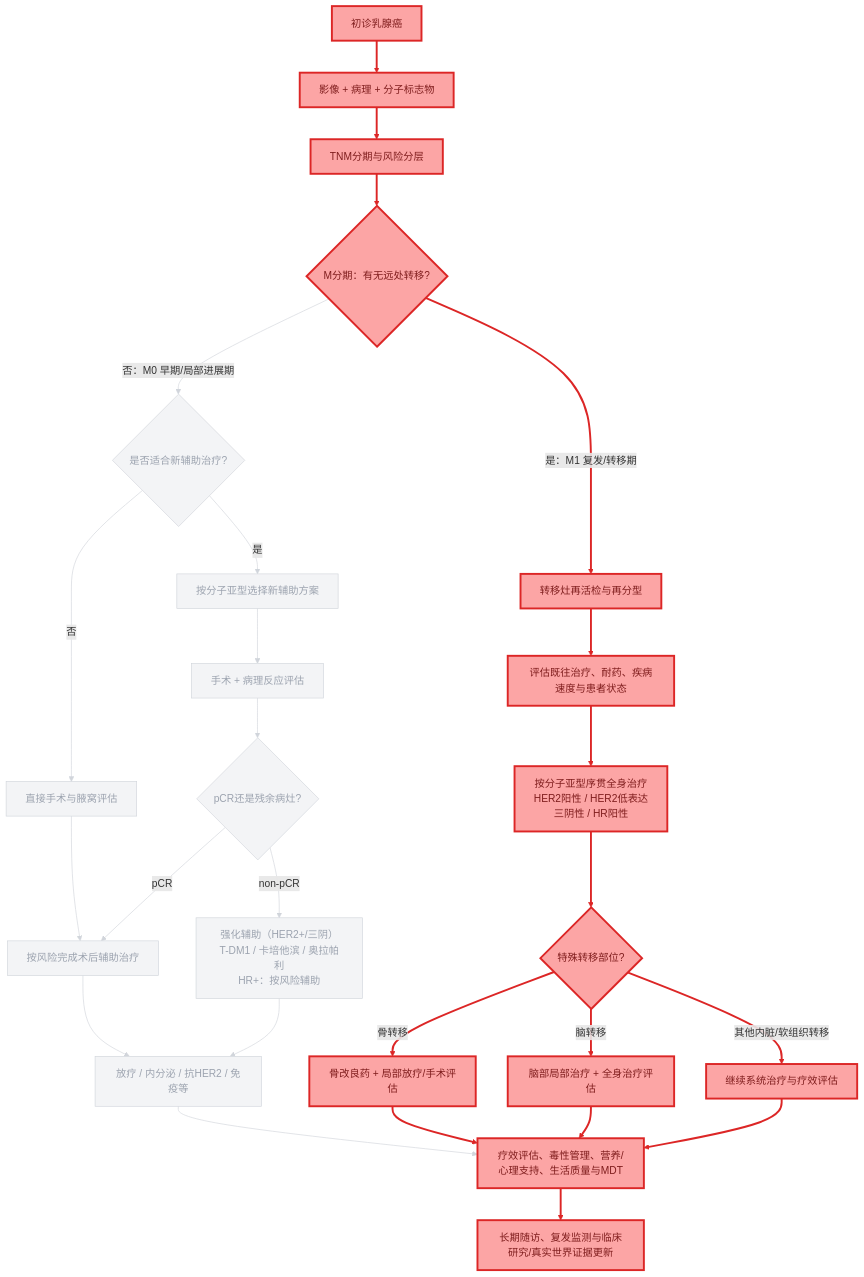
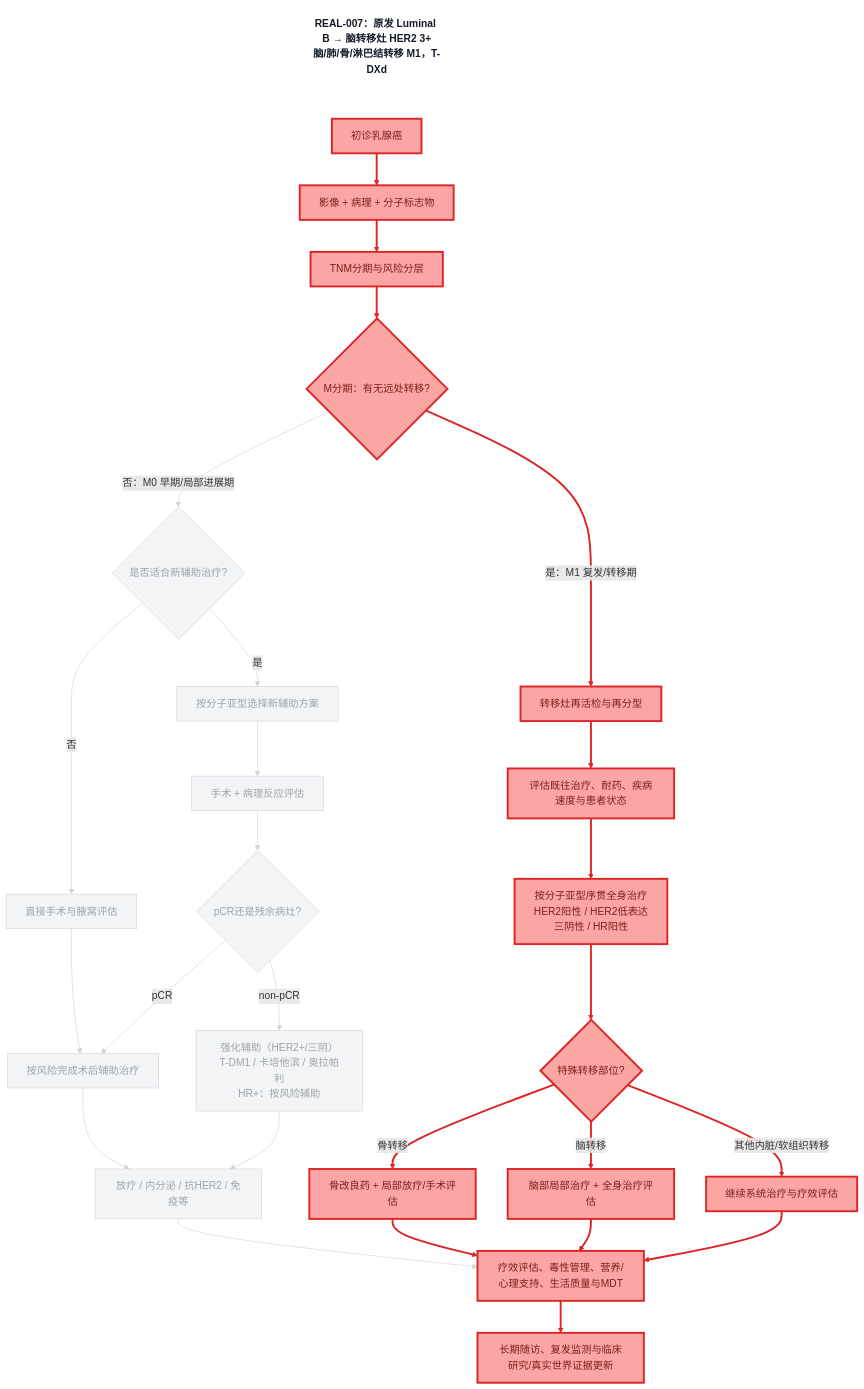
Before and after one commit to dongjb741280/breast-cancer: the diagram in diagrams/decision-chain-REAL-007.mmd, drawn with Mermaid. The commit also changed 21 other files, not shown here.

First line of the commit message:
Add decision-chain skill and regenerate annotated REAL diagrams

```diff
--- a/diagrams/decision-chain-REAL-007.mmd
+++ b/diagrams/decision-chain-REAL-007.mmd
@@ -1,96 +1,99 @@
-%% 乳腺癌诊疗决策链（高亮病例实际路径）
 graph TD
+    TITLE["REAL-007：原发 Luminal B → 脑转移灶 HER2 3+<br/>脑/肺/骨/淋巴结转移 M1，T-DXd"]
     A[初诊乳腺癌]
     B[影像 + 病理 + 分子标志物]
     C[TNM分期与风险分层]
     D{M分期：有无远处转移?}
     E{是否适合新辅助治疗?}
     F[按分子亚型选择新辅助方案]
     G[直接手术与腋窝评估]
     H[手术 + 病理反应评估]
     I{pCR还是残余病灶?}
     J[按风险完成术后辅助治疗]
     K[强化辅助（HER2+/三阴）<br/>T-DM1 / 卡培他滨 / 奥拉帕利<br/>HR+：按风险辅助]
     L[放疗 / 内分泌 / 抗HER2 / 免疫等]
     M[转移灶再活检与再分型]
     N[评估既往治疗、耐药、疾病速度与患者状态]
     O[按分子亚型序贯全身治疗<br/>HER2阳性 / HER2低表达<br/>三阴性 / HR阳性]
     P{特殊转移部位?}
     Q[骨改良药 + 局部放疗/手术评估]
     R[脑部局部治疗 + 全身治疗评估]
     S[继续系统治疗与疗效评估]
     T[疗效评估、毒性管理、营养/心理支持、生活质量与MDT]
     U[长期随访、复发监测与临床研究/真实世界证据更新]
     A --> B
     B --> C
     C --> D
     D -->|否：M0 早期/局部进展期| E
     E -->|是| F
     E -->|否| G
     F --> H
     G --> J
     H --> I
     I -->|pCR| J
     I -->|non-pCR| K
     J --> L
     K --> L
     D -->|是：M1 复发/转移期| M
     M --> N
     N --> O
     O --> P
     P -->|骨转移| Q
     P -->|脑转移| R
     P -->|其他内脏/软组织转移| S
     L --> T
     Q --> T
     R --> T
     S --> T
     T --> U
+    TITLE ~~~ A
     classDef path fill:#fca5a5,stroke:#dc2626,color:#7f1d1d,stroke-width:3px;
     classDef dim fill:#f3f4f6,stroke:#d1d5db,color:#9ca3af,stroke-width:1px;
+    classDef caption fill:#fff,stroke:none,color:#111827,font-weight:bold;
+    class TITLE caption;
     class A path;
     class B path;
     class C path;
     class D path;
     class E dim;
     class F dim;
     class G dim;
     class H dim;
     class I dim;
     class J dim;
     class K dim;
     class L dim;
     class M path;
     class N path;
     class O path;
     class P path;
     class Q path;
     class R path;
     class S path;
     class T path;
     class U path;
     linkStyle 0 stroke:#dc2626,stroke-width:3px;
     linkStyle 1 stroke:#dc2626,stroke-width:3px;
     linkStyle 2 stroke:#dc2626,stroke-width:3px;
     linkStyle 3 stroke:#d1d5db,stroke-width:1px;
     linkStyle 4 stroke:#d1d5db,stroke-width:1px;
     linkStyle 5 stroke:#d1d5db,stroke-width:1px;
     linkStyle 6 stroke:#d1d5db,stroke-width:1px;
     linkStyle 7 stroke:#d1d5db,stroke-width:1px;
     linkStyle 8 stroke:#d1d5db,stroke-width:1px;
     linkStyle 9 stroke:#d1d5db,stroke-width:1px;
     linkStyle 10 stroke:#d1d5db,stroke-width:1px;
     linkStyle 11 stroke:#d1d5db,stroke-width:1px;
     linkStyle 12 stroke:#d1d5db,stroke-width:1px;
     linkStyle 13 stroke:#dc2626,stroke-width:3px;
     linkStyle 14 stroke:#dc2626,stroke-width:3px;
     linkStyle 15 stroke:#dc2626,stroke-width:3px;
     linkStyle 16 stroke:#dc2626,stroke-width:3px;
     linkStyle 17 stroke:#dc2626,stroke-width:3px;
     linkStyle 18 stroke:#dc2626,stroke-width:3px;
     linkStyle 19 stroke:#dc2626,stroke-width:3px;
     linkStyle 20 stroke:#d1d5db,stroke-width:1px;
     linkStyle 21 stroke:#dc2626,stroke-width:3px;
     linkStyle 22 stroke:#dc2626,stroke-width:3px;
     linkStyle 23 stroke:#dc2626,stroke-width:3px;
     linkStyle 24 stroke:#dc2626,stroke-width:3px;
```
